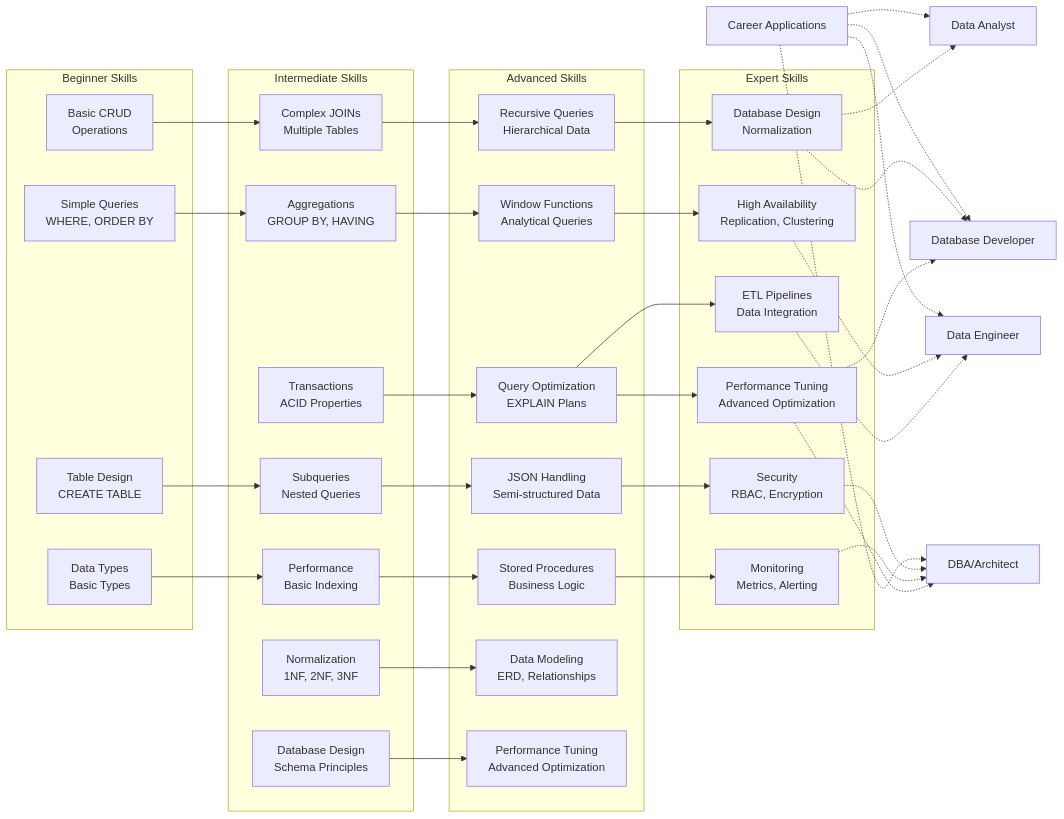
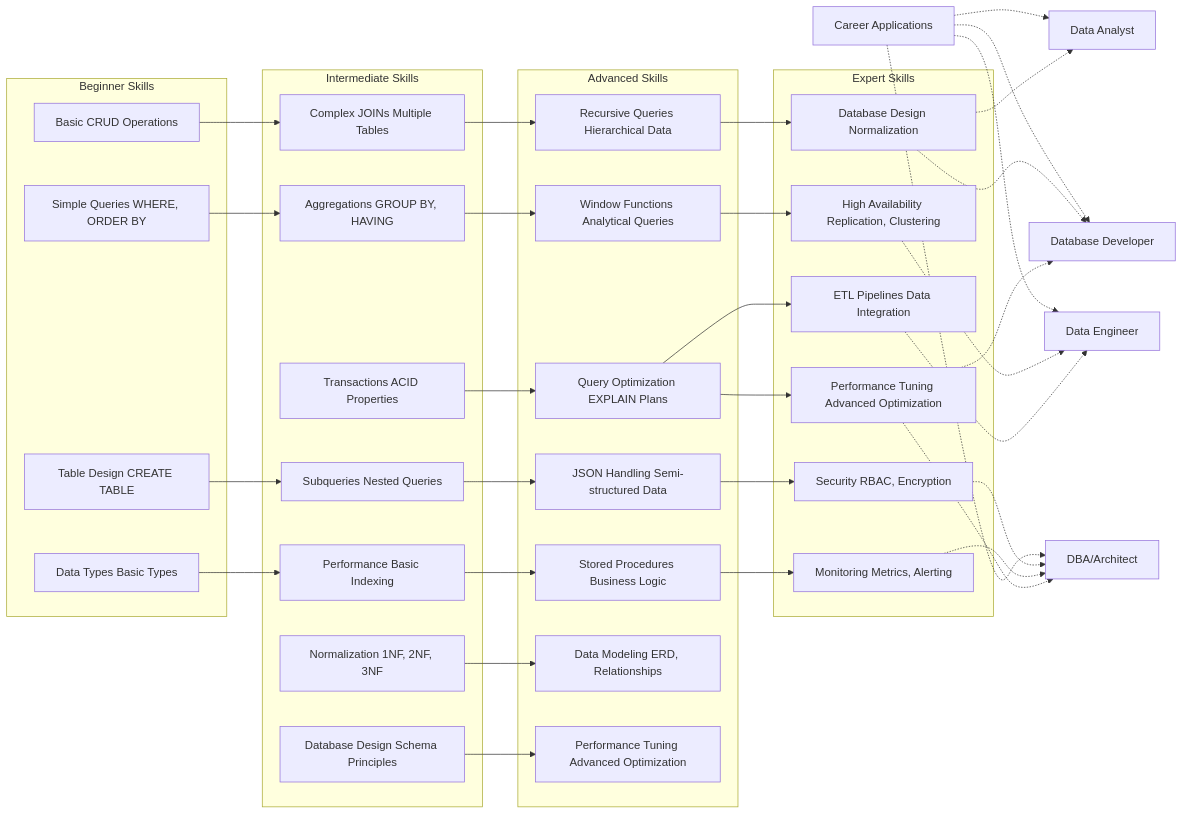
The second of 2 diagrams in learning-path.md (basharArif/sql-learning-path), drawn with Mermaid before and after one commit. The commit also changed other lines of this file and 2 other files, not shown here.

Commit message:
Fix Mermaid diagrams: Remove \n sequences and replace with spaces for proper rendering

````diff
--- a/learning-path.md
+++ b/learning-path.md
@@ -109,72 +109,72 @@
 ```mermaid
 graph LR
     subgraph "Beginner Skills"
-        A1["Basic CRUD\nOperations"]
-        A2["Simple Queries\nWHERE, ORDER BY"]
-        A3["Table Design\nCREATE TABLE"]
-        A4["Data Types\nBasic Types"]
+        A1["Basic CRUD Operations"]
+        A2["Simple Queries WHERE, ORDER BY"]
+        A3["Table Design CREATE TABLE"]
+        A4["Data Types Basic Types"]
     end
     
     subgraph "Intermediate Skills"
-        B1["Complex JOINs\nMultiple Tables"]
-        B2["Aggregations\nGROUP BY, HAVING"]
-        B3["Subqueries\nNested Queries"]
-        B4["Performance\nBasic Indexing"]
-        B5["Transactions\nACID Properties"]
-        B6["Normalization\n1NF, 2NF, 3NF"]
-        B7["Database Design\nSchema Principles"]
+        B1["Complex JOINs Multiple Tables"]
+        B2["Aggregations GROUP BY, HAVING"]
+        B3["Subqueries Nested Queries"]
+        B4["Performance Basic Indexing"]
+        B5["Transactions ACID Properties"]
+        B6["Normalization 1NF, 2NF, 3NF"]
+        B7["Database Design Schema Principles"]
     end
     
     subgraph "Advanced Skills"
-        C1["Recursive Queries\nHierarchical Data"]
-        C2["Window Functions\nAnalytical Queries"]
-        C3["JSON Handling\nSemi-structured Data"]
-        C4["Stored Procedures\nBusiness Logic"]
-        C5["Query Optimization\nEXPLAIN Plans"]
-        C6["Data Modeling\nERD, Relationships"]
-        C7["Performance Tuning\nAdvanced Optimization"]
+        C1["Recursive Queries Hierarchical Data"]
+        C2["Window Functions Analytical Queries"]
+        C3["JSON Handling Semi-structured Data"]
+        C4["Stored Procedures Business Logic"]
+        C5["Query Optimization EXPLAIN Plans"]
+        C6["Data Modeling ERD, Relationships"]
+        C7["Performance Tuning Advanced Optimization"]
     end
     
     subgraph "Expert Skills"
-        D1["Database Design\nNormalization"]
-        D2["High Availability\nReplication, Clustering"]
-        D3["Security\nRBAC, Encryption"]
-        D4["Monitoring\nMetrics, Alerting"]
-        D5["ETL Pipelines\nData Integration"]
-        D6["Performance Tuning\nAdvanced Optimization"]
+        D1["Database Design Normalization"]
+        D2["High Availability Replication, Clustering"]
+        D3["Security RBAC, Encryption"]
+        D4["Monitoring Metrics, Alerting"]
+        D5["ETL Pipelines Data Integration"]
+        D6["Performance Tuning Advanced Optimization"]
     end
     
     A1 --> B1
     A2 --> B2
     A3 --> B3
     A4 --> B4
     
     B1 --> C1
     B2 --> C2
     B3 --> C3
     B4 --> C4
     B5 --> C5
     B6 --> C6
     B7 --> C7
     
     C1 --> D1
     C2 --> D2
     C3 --> D3
     C4 --> D4
     C5 --> D5
     C5 --> D6
     
     E[Career Applications] -.-> F[Data Analyst]
     E -.-> G[Database Developer]
     E -.-> H[Data Engineer]
     E -.-> I[DBA/Architect]
     
     D1 -.-> F
     D1 -.-> G
     D2 -.-> H
     D3 -.-> I
     D4 -.-> I
     D5 -.-> H
     D6 -.-> G
     D6 -.-> I
 ```
````
